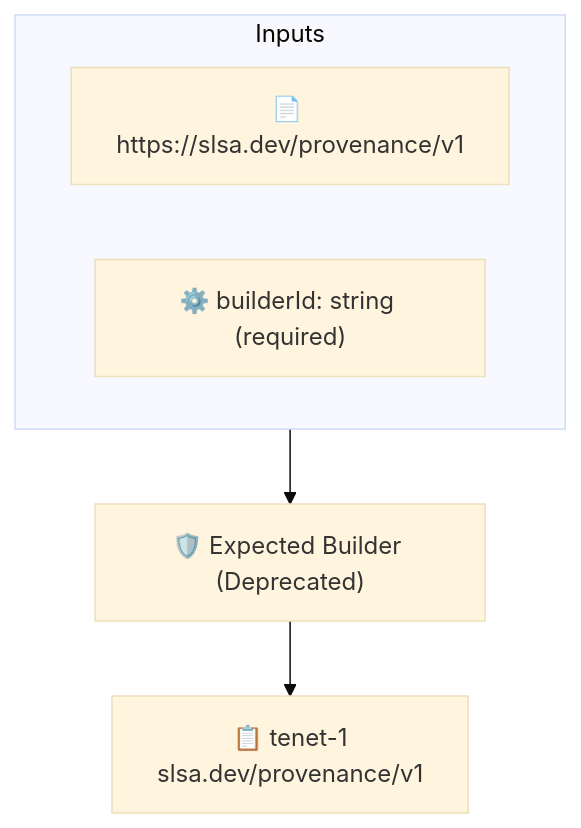
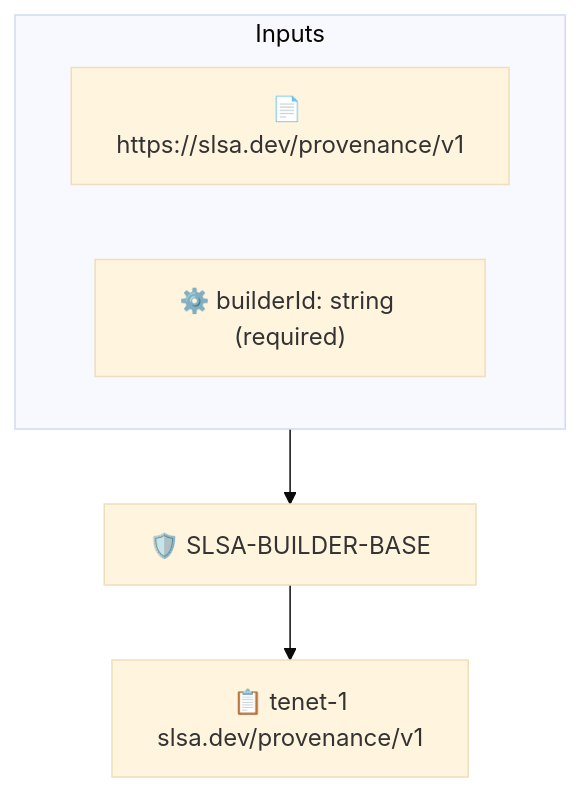
The diagram in slsa/builderid-base.md (carabiner-dev/policies), drawn with Mermaid (base theme) before and after one commit. The commit also changed other lines of this file and 3 other files, not shown here.

````diff
--- a/slsa/builderid-base.md
+++ b/slsa/builderid-base.md
@@ -25,10 +25,10 @@
 ```mermaid
 flowchart TD
     subgraph inputs["Inputs"]
         A0["📄 https://slsa.dev/provenance/v1"]
         C0["⚙️ builderId: string (required)"]
     end
-    P["🛡️ Expected Builder (Deprecated)"]
+    P["🛡️ SLSA-BUILDER-BASE"]
     inputs --> P
     P --> P_T0["📋 tenet-1<br/>slsa.dev/provenance/v1"]
 ```
````
